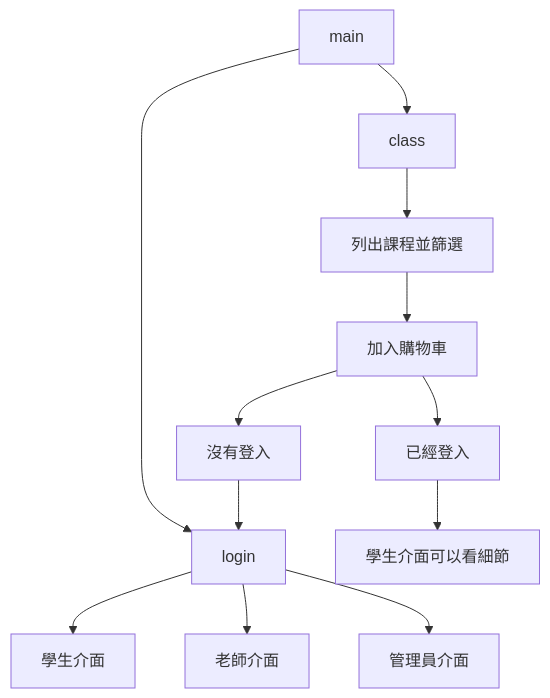
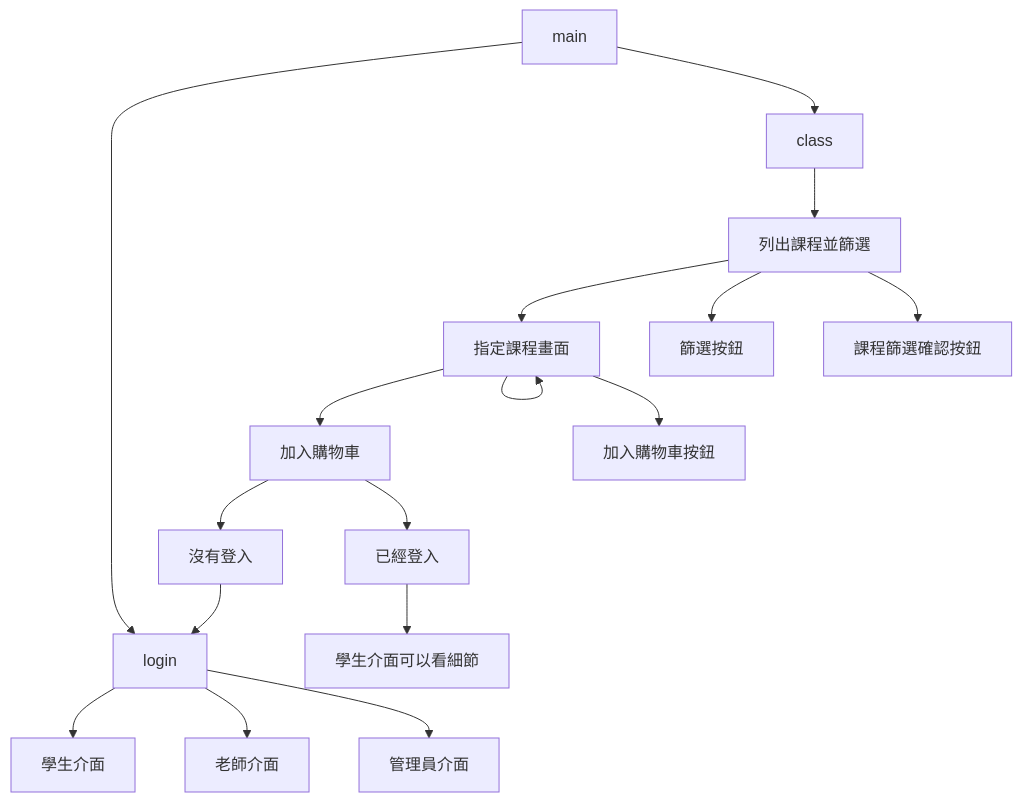
One commit to HE-SHU-WEI/xiaokuan changed the first of 4 diagrams in README.md. Above: the diagram before and after it, drawn with Mermaid. The commit also changed other lines of this file and 18 other files, not shown here.

````diff
--- a/README.md
+++ b/README.md
@@ -1,13 +2,20 @@
 ```mermaid
 graph TD;
 
 main-->L[login];
 main-->C[class];
-C-->列出課程並篩選-->加入購物車-->沒有登入-->L
+C-->A[列出課程並篩選]-->B[指定課程畫面]-->加入購物車-->沒有登入-->L
 加入購物車-->已經登入-->學生介面可以看細節
 
 L-->學生介面
 L-->老師介面
 L-->管理員介面
 
+A-->篩選按鈕
+A-->課程篩選確認按鈕
+
+B-->
+B-->加入購物車按鈕
+
+
 ```
````
